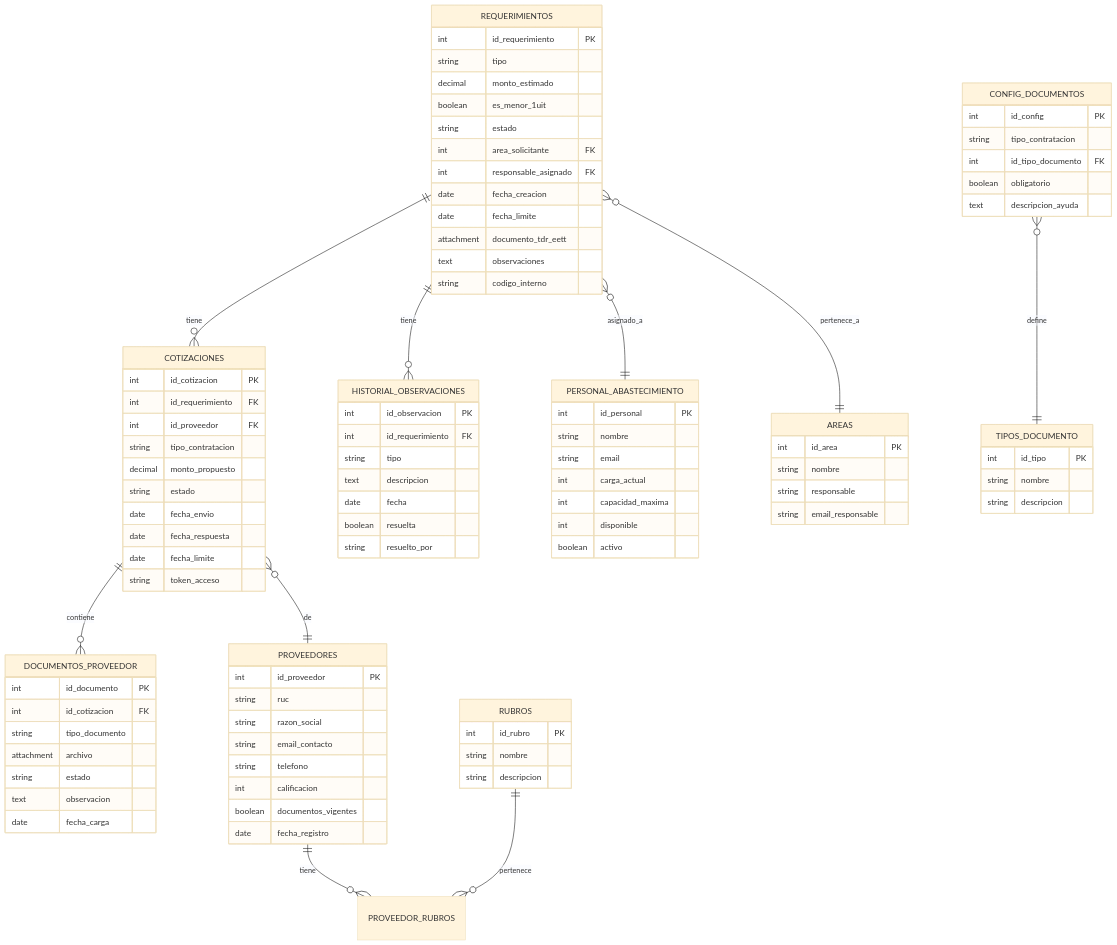
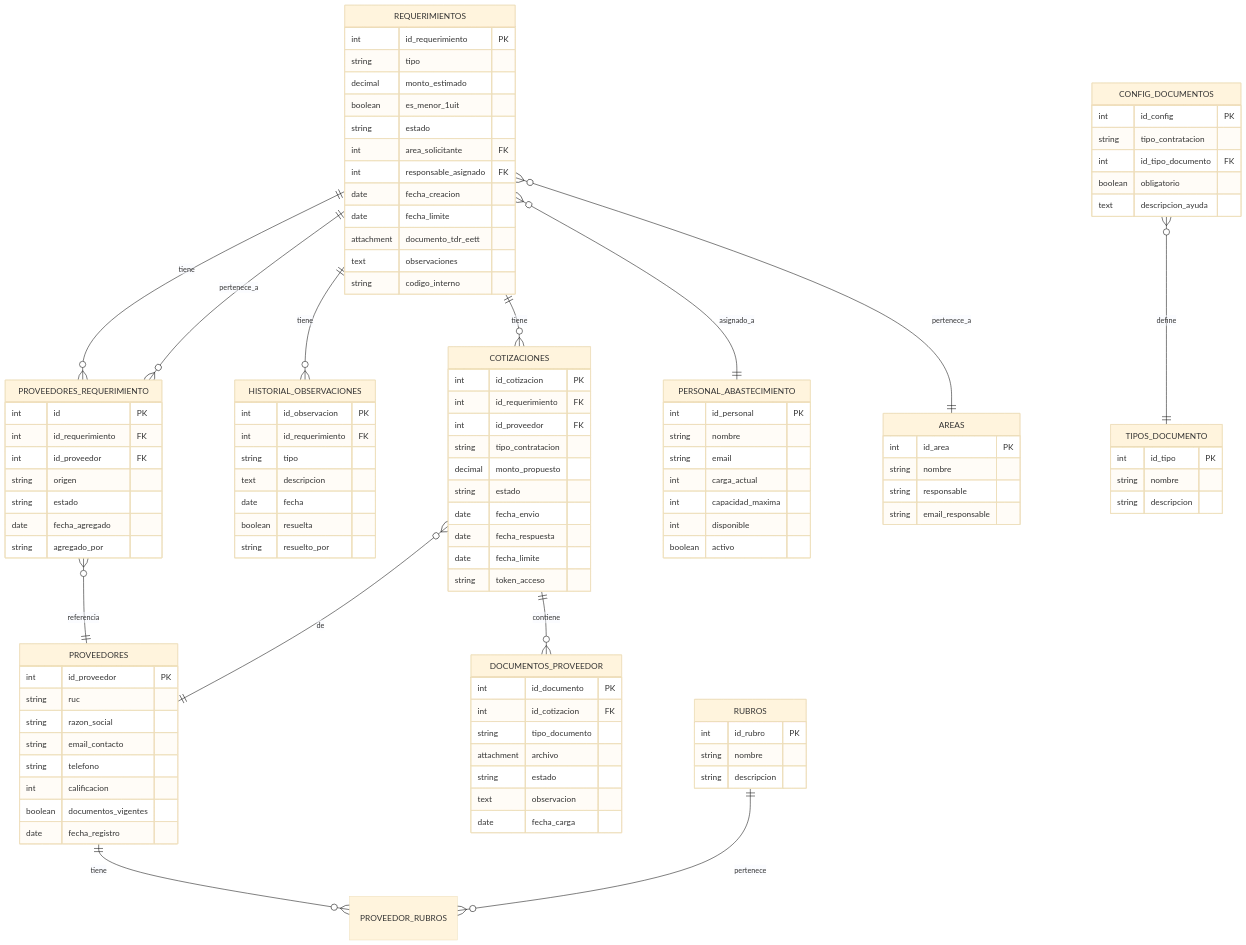
The sixth of 21 diagrams in README.md (lfam200/WorkFlow-n8n), drawn with Mermaid (base theme) before and after one commit. The commit also changed other lines of this file, not shown here.

```diff
--- a/README.md
+++ b/README.md
@@ -340,8 +375,12 @@
 erDiagram
     REQUERIMIENTOS ||--o{ COTIZACIONES : tiene
     REQUERIMIENTOS ||--o{ HISTORIAL_OBSERVACIONES : tiene
+    REQUERIMIENTOS ||--o{ PROVEEDORES_REQUERIMIENTO : tiene
     REQUERIMIENTOS }o--|| PERSONAL_ABASTECIMIENTO : asignado_a
     REQUERIMIENTOS }o--|| AREAS : pertenece_a
+    
+    PROVEEDORES_REQUERIMIENTO }o--|| PROVEEDORES : referencia
+    PROVEEDORES_REQUERIMIENTO }o--|| REQUERIMIENTOS : pertenece_a
     
     COTIZACIONES ||--o{ DOCUMENTOS_PROVEEDOR : contiene
     COTIZACIONES }o--|| PROVEEDORES : de
@@ -364,6 +403,16 @@
         attachment documento_tdr_eett
         text observaciones
         string codigo_interno
+    }
+    
+    PROVEEDORES_REQUERIMIENTO {
+        int id PK
+        int id_requerimiento FK
+        int id_proveedor FK
+        string origen
+        string estado
+        date fecha_agregado
+        string agregado_por
     }
     
     PERSONAL_ABASTECIMIENTO {
```
